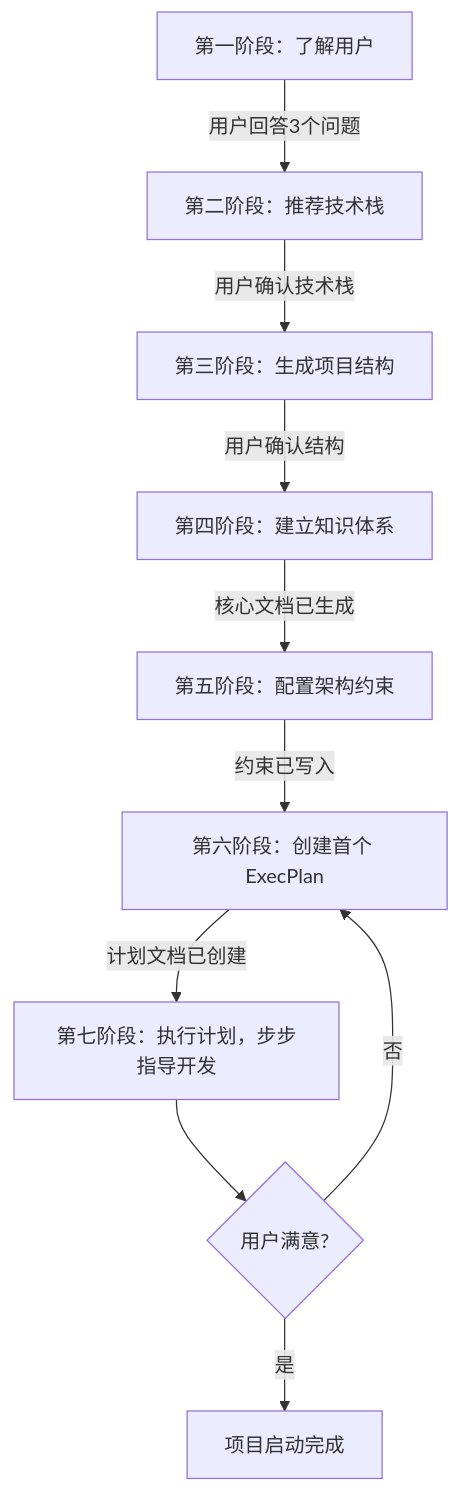
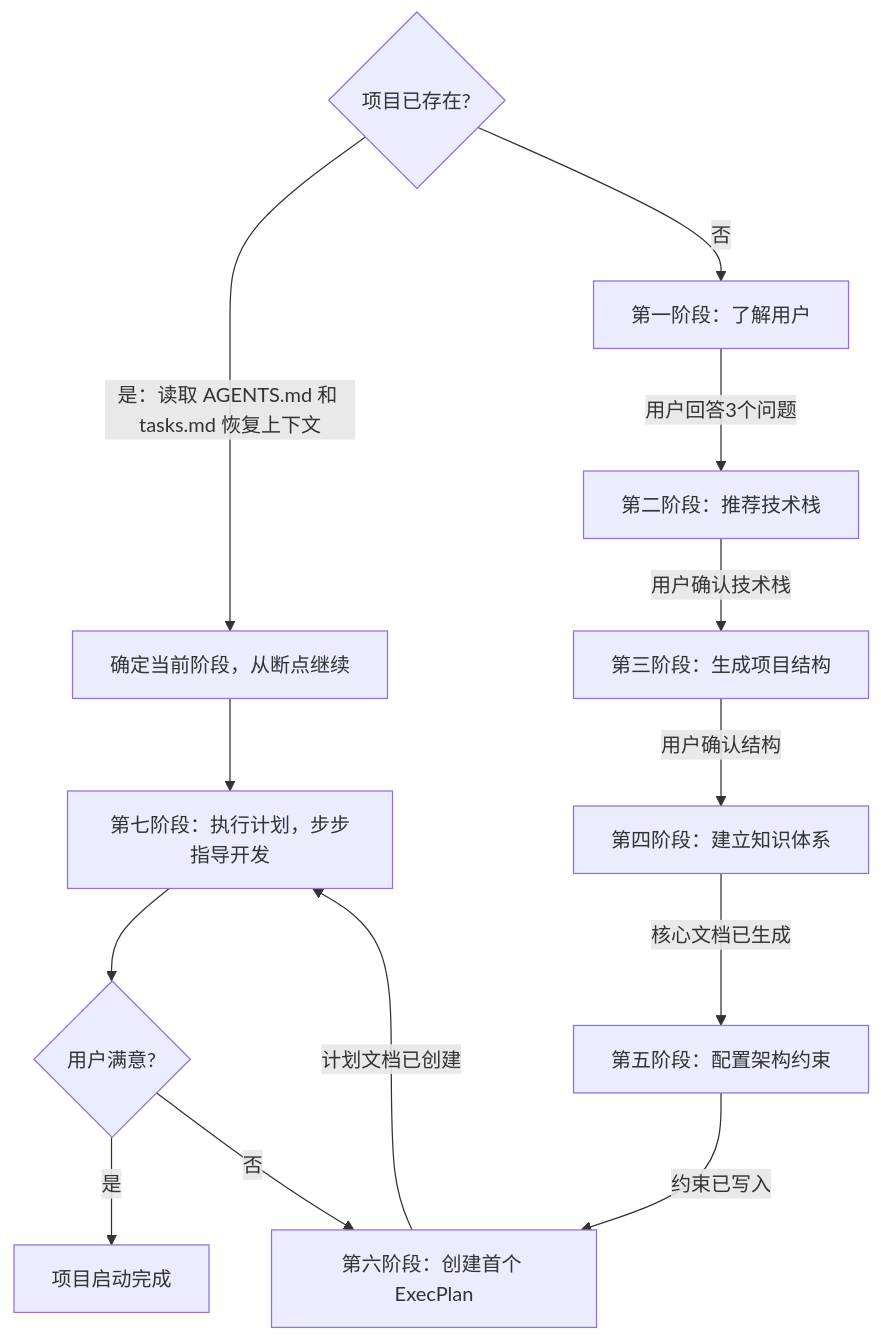
Before and after one commit to jiabai/awesome-skills: the diagram in vibe-coding-launcher/SKILL.md, drawn with Mermaid. The commit also changed other lines of this file and 5 other files, not shown here.

````diff
--- a/vibe-coding-launcher/SKILL.md
+++ b/vibe-coding-launcher/SKILL.md
@@ -29,12 +29,15 @@
 ```mermaid
 flowchart TD
-    A[第一阶段：了解用户] -->|用户回答3个问题| B[第二阶段：推荐技术栈]
+    R{项目已存在?} -->|是：读取 AGENTS.md 和 tasks.md 恢复上下文| S[确定当前阶段，从断点继续]
+    R -->|否| A[第一阶段：了解用户]
+    A -->|用户回答3个问题| B[第二阶段：推荐技术栈]
     B -->|用户确认技术栈| C[第三阶段：生成项目结构]
     C -->|用户确认结构| D[第四阶段：建立知识体系]
     D -->|核心文档已生成| E[第五阶段：配置架构约束]
     E -->|约束已写入| F[第六阶段：创建首个 ExecPlan]
     F -->|计划文档已创建| G[第七阶段：执行计划，步步指导开发]
     G --> H{用户满意?}
     H -->|是| I[项目启动完成]
     H -->|否| F
+    S --> G
 ```
````
